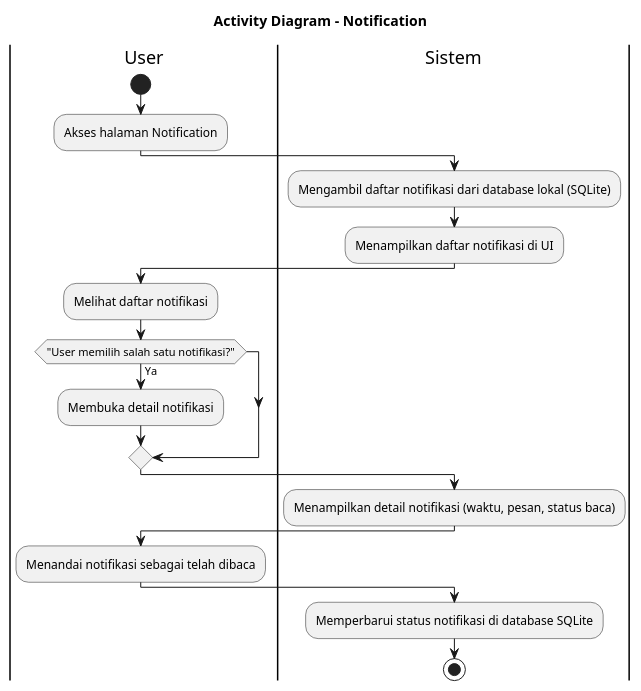
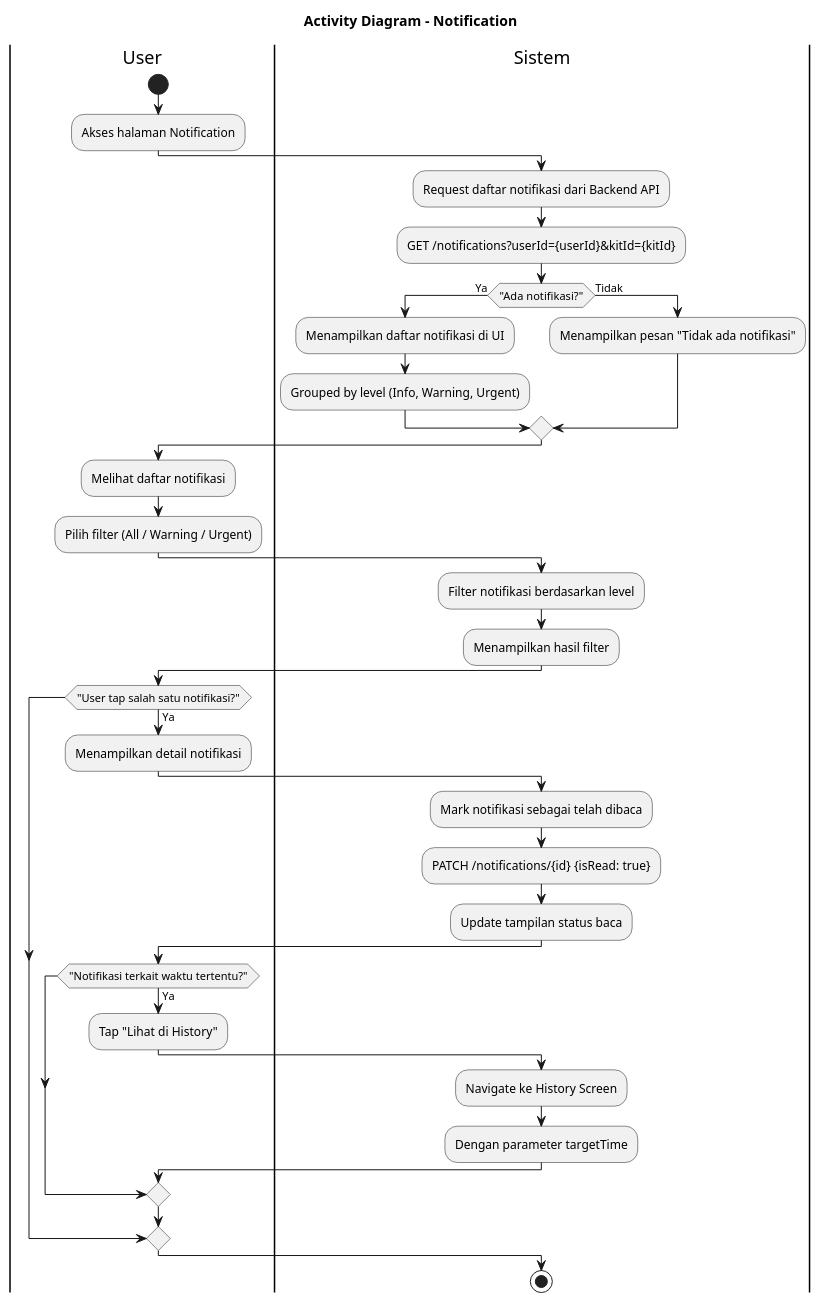
One commit to DarmawanWisnu/flutter-cea-system changed the diagram in docs/diagrams/activity/activity_notification.puml. Above: the diagram before and after it, drawn with PlantUML. The commit also changed 29 other files, not shown here.

```diff
--- a/docs/diagrams/activity/activity_notification.puml
+++ b/docs/diagrams/activity/activity_notification.puml
@@ -1,29 +1,47 @@
 @startuml
 title Activity Diagram - Notification
 
 |User|
 start
 :Akses halaman Notification;
 
 |Sistem|
-:Mengambil daftar notifikasi dari database lokal (SQLite);
-:Menampilkan daftar notifikasi di UI;
+:Request daftar notifikasi dari Backend API;
+:GET /notifications?userId={userId}&kitId={kitId};
+
+if ("Ada notifikasi?") then (Ya)
+  :Menampilkan daftar notifikasi di UI;
+  :Grouped by level (Info, Warning, Urgent);
+else (Tidak)
+  :Menampilkan pesan "Tidak ada notifikasi";
+endif
 
 |User|
 :Melihat daftar notifikasi;
-
-if ("User memilih salah satu notifikasi?") then (Ya)
-  :Membuka detail notifikasi;
-endif
+:Pilih filter (All / Warning / Urgent);
 
 |Sistem|
-:Menampilkan detail notifikasi (waktu, pesan, status baca);
+:Filter notifikasi berdasarkan level;
+:Menampilkan hasil filter;
 
 |User|
-:Menandai notifikasi sebagai telah dibaca;
-
-|Sistem|
-:Memperbarui status notifikasi di database SQLite;
+if ("User tap salah satu notifikasi?") then (Ya)
+  :Menampilkan detail notifikasi;
+  
+  |Sistem|
+  :Mark notifikasi sebagai telah dibaca;
+  :PATCH /notifications/{id} {isRead: true};
+  :Update tampilan status baca;
+  
+  |User|
+  if ("Notifikasi terkait waktu tertentu?") then (Ya)
+    :Tap "Lihat di History";
+    
+    |Sistem|
+    :Navigate ke History Screen;
+    :Dengan parameter targetTime;
+  endif
+endif
 
 stop
 @enduml
```
